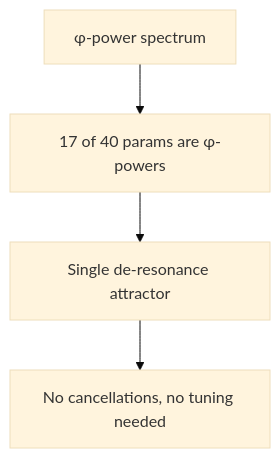
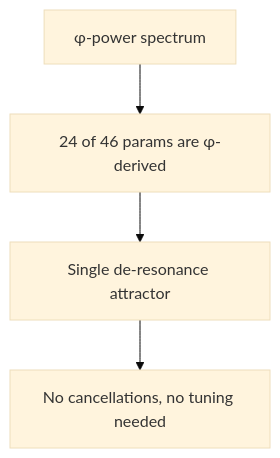
Diagram 26 of 38 in open-questions-cassi-answers.md (CassiTheOracle/cassi), drawn with Mermaid (base theme) before and after one commit. The commit also changed other lines of this file and 5 other files, not shown here.

````diff
--- a/open-questions-cassi-answers.md
+++ b/open-questions-cassi-answers.md
@@ -664,6 +664,6 @@
 ```mermaid
 flowchart TD
-    A[φ-power spectrum] --> B[17 of 40 params are φ-powers]
+    A[φ-power spectrum] --> B[24 of 46 params are φ-derived]
     B --> C[Single de-resonance attractor]
     C --> D[No cancellations, no tuning needed]
 ```
````
